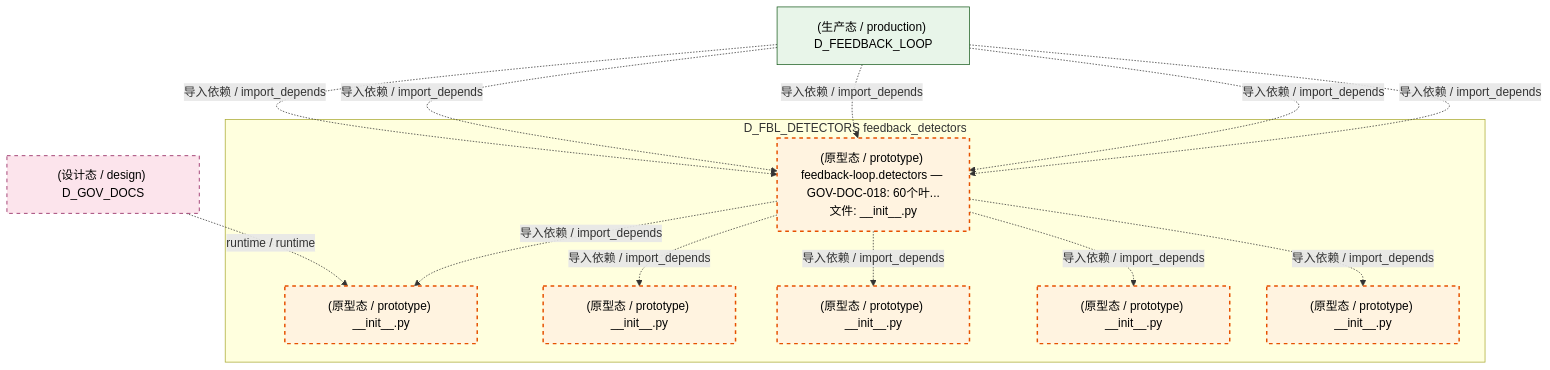
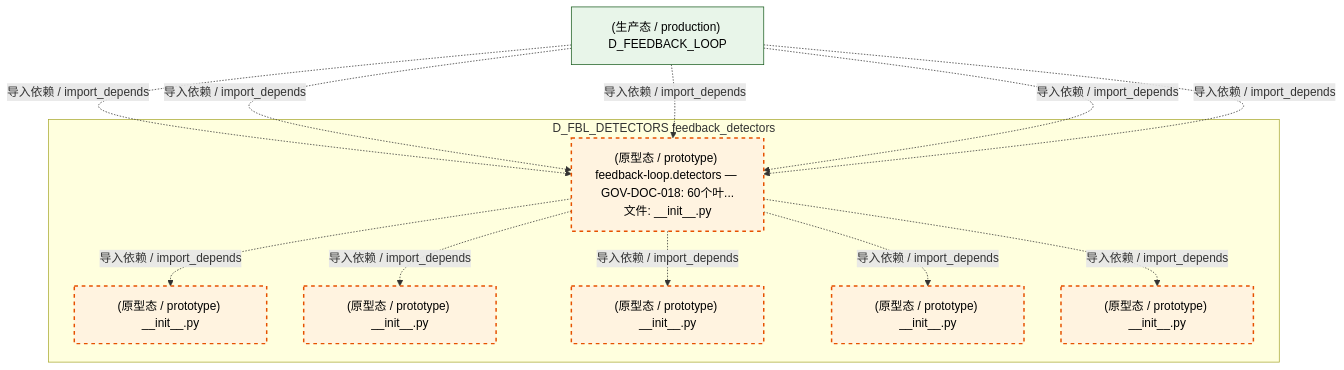
The fifth of 6 diagrams in docs/02_enterprise_architecture/02_domain_architecture_docs/11_d_fbl_detectors.md (xuanFelixVan/ZephyrAlpha), drawn with Mermaid before and after one commit. The commit also changed other lines of this file and 97 other files, not shown here.

````diff
--- a/docs/02_enterprise_architecture/02_domain_architecture_docs/11_d_fbl_detectors.md
+++ b/docs/02_enterprise_architecture/02_domain_architecture_docs/11_d_fbl_detectors.md
@@ -339,31 +336,28 @@
 ```mermaid
 graph TD
     subgraph D_FBL_DETECTORS["D_FBL_DETECTORS feedback_detectors"]
         src_zephyr_feedback_loop_detectors_init_py["(原型态 / prototype) feedback-loop.detectors — GOV-DOC-018: 60个叶...<br/>文件: __init__.py"]
         src_zephyr_feedback_loop_detectors_anomaly_init_py["(原型态 / prototype) __init__.py"]
         src_zephyr_feedback_loop_detectors_correlation_init_py["(原型态 / prototype) __init__.py"]
         src_zephyr_feedback_loop_detectors_drift_init_py["(原型态 / prototype) __init__.py"]
         src_zephyr_feedback_loop_detectors_guard_init_py["(原型态 / prototype) __init__.py"]
         src_zephyr_feedback_loop_detectors_reliability_init_py["(原型态 / prototype) __init__.py"]
     end
     src_zephyr_feedback_loop_detectors_init_py -.->|导入依赖 / import_depends| src_zephyr_feedback_loop_detectors_anomaly_init_py
+    src_zephyr_feedback_loop_detectors_init_py -.->|导入依赖 / import_depends| src_zephyr_feedback_loop_detectors_guard_init_py
+    src_zephyr_feedback_loop_detectors_init_py -.->|导入依赖 / import_depends| src_zephyr_feedback_loop_detectors_drift_init_py
     src_zephyr_feedback_loop_detectors_init_py -.->|导入依赖 / import_depends| src_zephyr_feedback_loop_detectors_correlation_init_py
-    src_zephyr_feedback_loop_detectors_init_py -.->|导入依赖 / import_depends| src_zephyr_feedback_loop_detectors_drift_init_py
-    src_zephyr_feedback_loop_detectors_init_py -.->|导入依赖 / import_depends| src_zephyr_feedback_loop_detectors_guard_init_py
     src_zephyr_feedback_loop_detectors_init_py -.->|导入依赖 / import_depends| src_zephyr_feedback_loop_detectors_reliability_init_py
-    D_GOV_DOCS["(设计态 / design) D_GOV_DOCS"]
-    D_GOV_DOCS -.->|runtime / runtime| src_zephyr_feedback_loop_detectors_anomaly_init_py
     D_FEEDBACK_LOOP["(生产态 / production) D_FEEDBACK_LOOP"]
     D_FEEDBACK_LOOP -.->|导入依赖 / import_depends| src_zephyr_feedback_loop_detectors_init_py
     D_FEEDBACK_LOOP -.->|导入依赖 / import_depends| src_zephyr_feedback_loop_detectors_init_py
     D_FEEDBACK_LOOP -.->|导入依赖 / import_depends| src_zephyr_feedback_loop_detectors_init_py
     D_FEEDBACK_LOOP -.->|导入依赖 / import_depends| src_zephyr_feedback_loop_detectors_init_py
     D_FEEDBACK_LOOP -.->|导入依赖 / import_depends| src_zephyr_feedback_loop_detectors_init_py
     classDef production fill:#e1f5fe,stroke:#01579b,stroke-width:2px,color:#000
     classDef design fill:#fff3e0,stroke:#e65100,stroke-width:2px,color:#000,stroke-dasharray: 5 5
     classDef external_prod fill:#e8f5e9,stroke:#1b5e20,stroke-width:1px,color:#000
     classDef external_design fill:#fce4ec,stroke:#880e4f,stroke-width:1px,color:#000,stroke-dasharray: 5 5
     class src_zephyr_feedback_loop_detectors_init_py,src_zephyr_feedback_loop_detectors_anomaly_init_py,src_zephyr_feedback_loop_detectors_correlation_init_py,src_zephyr_feedback_loop_detectors_drift_init_py,src_zephyr_feedback_loop_detectors_guard_init_py,src_zephyr_feedback_loop_detectors_reliability_init_py design
     class D_FEEDBACK_LOOP external_prod
-    class D_GOV_DOCS external_design
 ```
````
